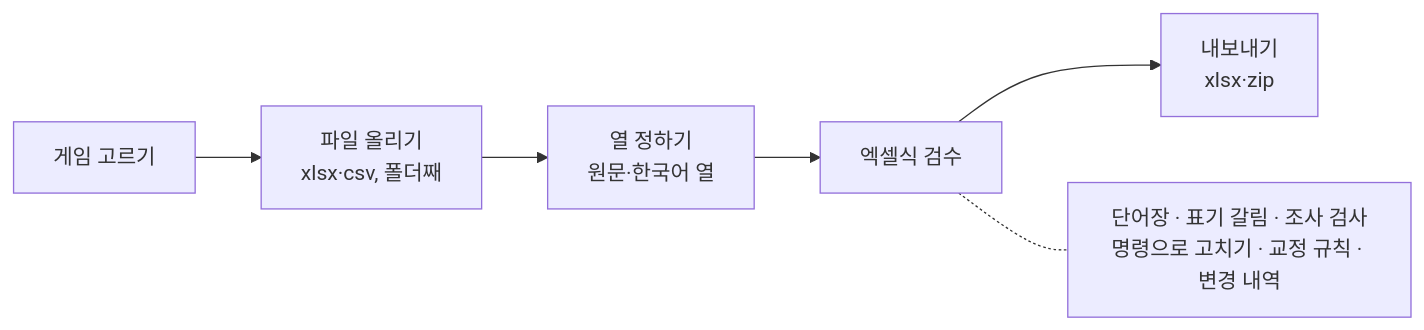
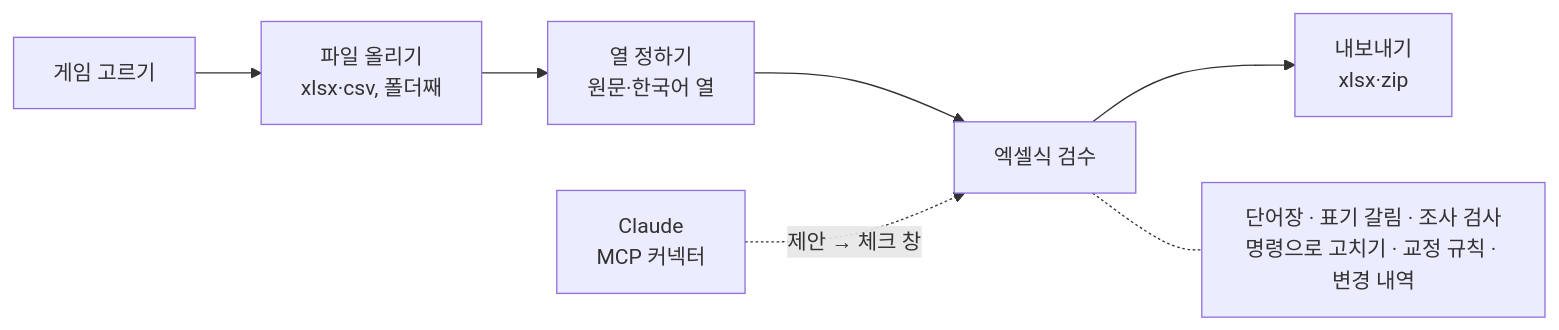
Before and after one commit to Hong9915/game_translation: the first of 3 diagrams in README.md, drawn with Mermaid. The commit also changed other lines of this file and 94 other files, not shown here.

Commit message:
Claude 커넥터(MCP): 도구 10개, 제안 체크 창, 찾아 바꾸기, 단어장 승인 대기, 배포 rsync, README 구성도

````diff
--- a/README.md
+++ b/README.md
@@ -7,5 +8,6 @@
 ```mermaid
 flowchart LR
   A[게임 고르기] --> B["파일 올리기<br/>xlsx·csv, 폴더째"] --> C["열 정하기<br/>원문·한국어 열"] --> D[엑셀식 검수] --> E["내보내기<br/>xlsx·zip"]
   D -.- T["단어장 · 표기 갈림 · 조사 검사<br/>명령으로 고치기 · 교정 규칙 · 변경 내역"]
+  CL["Claude<br/>MCP 커넥터"] -.->|제안 → 체크 창| D
 ```
````
